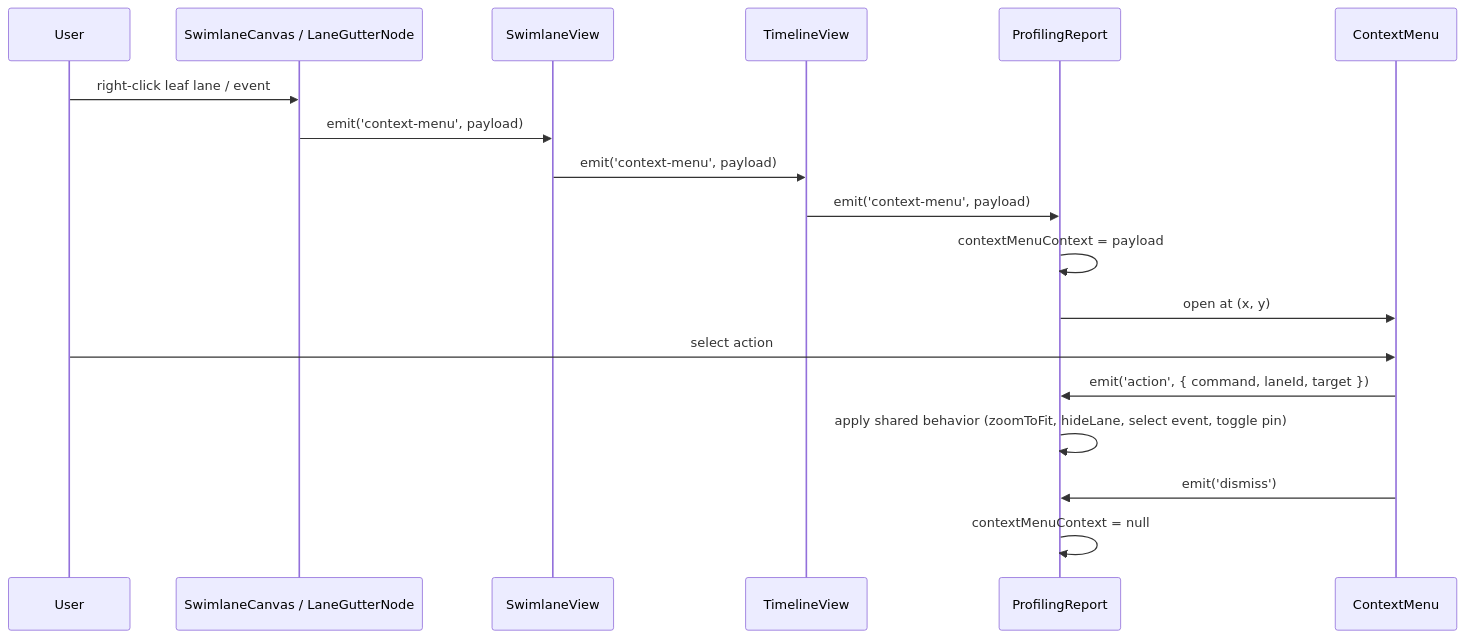
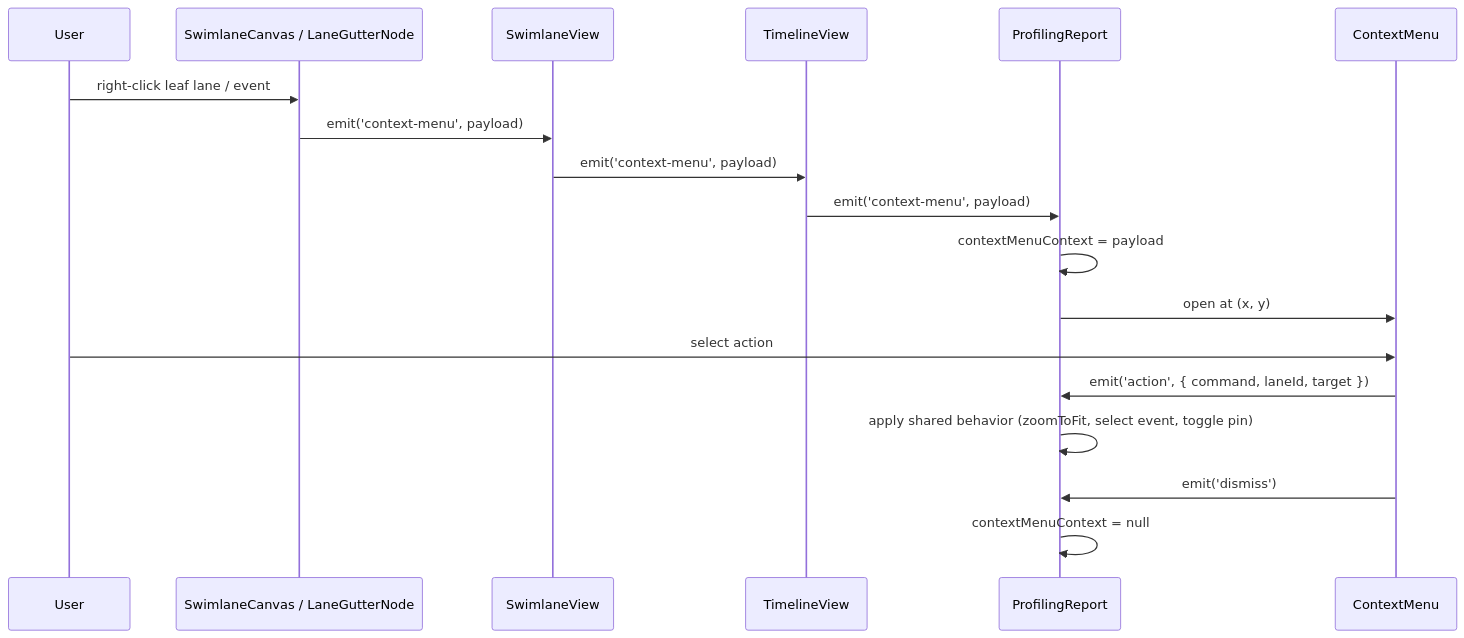
The fourth of 6 diagrams in src/ui/ProfilingReport/ProfilingReport.spec.md (IdeFrontend/profiling-report), drawn with Mermaid before and after one commit. The commit also changed other lines of this file and 11 other files, not shown here.

Commit message:
spec: trim ContextMenu scope to Reset zoom, Show, Pin; defer Hide lane (UI-50)

````diff
--- a/src/ui/ProfilingReport/ProfilingReport.spec.md
+++ b/src/ui/ProfilingReport/ProfilingReport.spec.md
@@ -94,21 +94,21 @@
 ```mermaid
 sequenceDiagram
     participant User
     participant Surface as SwimlaneCanvas / LaneGutterNode
     participant Swim as SwimlaneView
     participant Timeline as TimelineView
     participant Root as ProfilingReport
     participant Menu as ContextMenu
 
     User->>Surface: right-click leaf lane / event
     Surface->>Swim: emit('context-menu', payload)
     Swim->>Timeline: emit('context-menu', payload)
     Timeline->>Root: emit('context-menu', payload)
     Root->>Root: contextMenuContext = payload
     Root->>Menu: open at (x, y)
     User->>Menu: select action
     Menu->>Root: emit('action', { command, laneId, target })
-    Root->>Root: apply shared behavior (zoomToFit, hideLane, select event, toggle pin)
+    Root->>Root: apply shared behavior (zoomToFit, select event, toggle pin)
     Menu->>Root: emit('dismiss')
     Root->>Root: contextMenuContext = null
 ```
````
